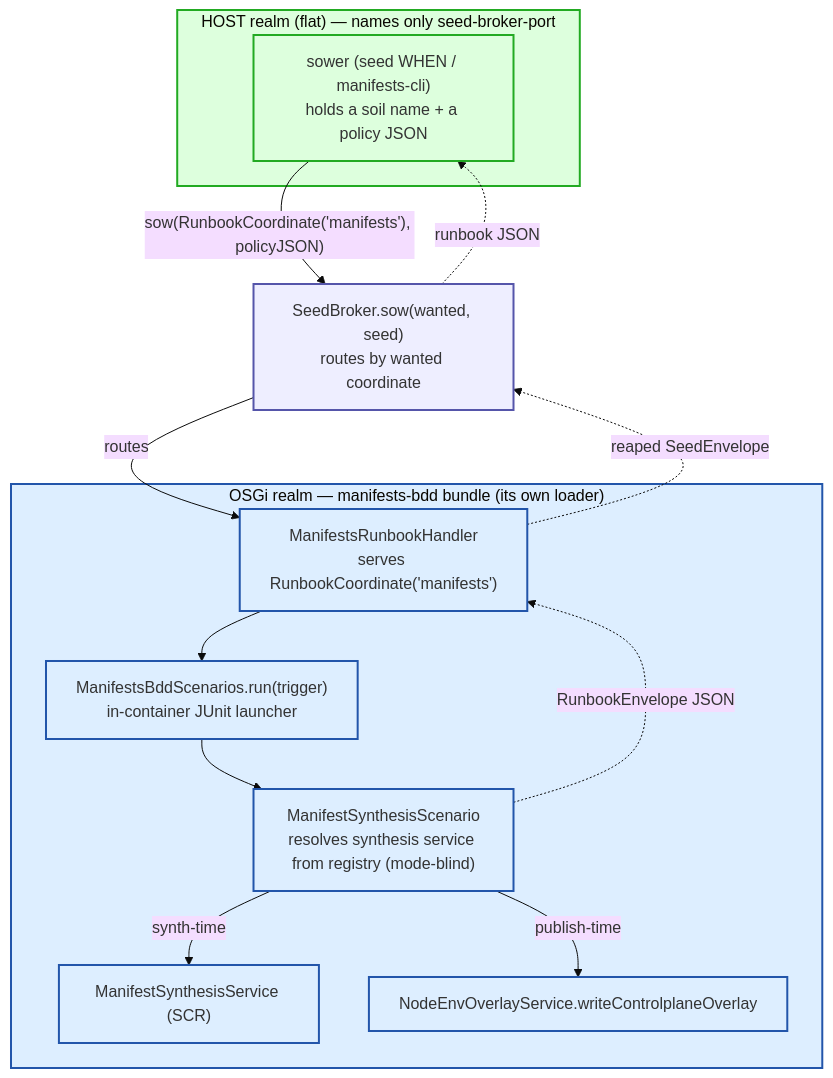
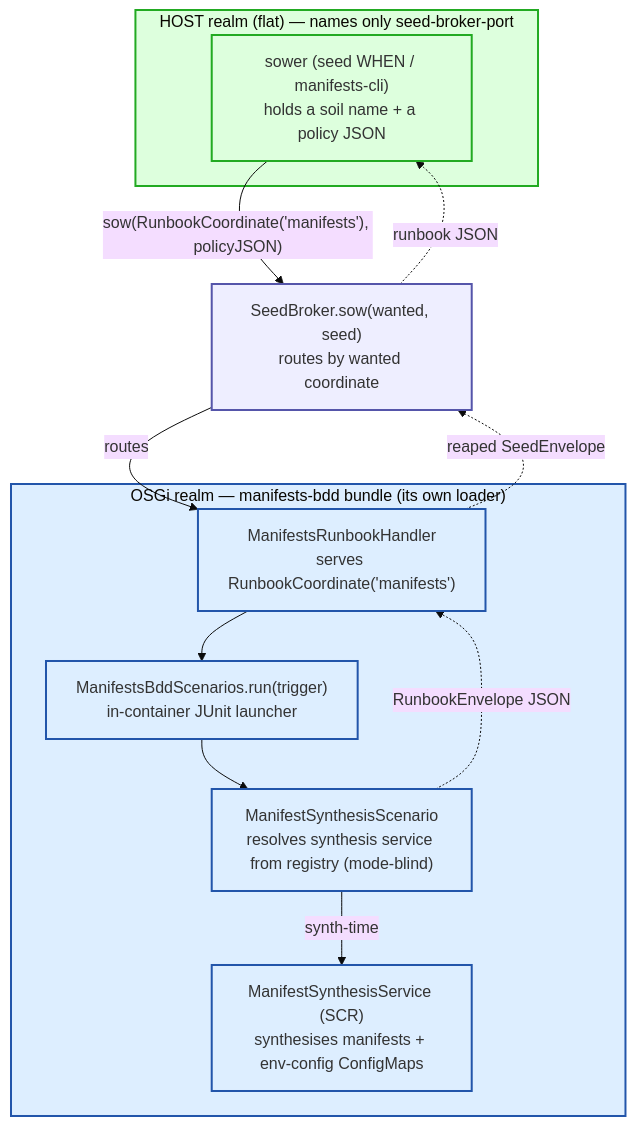
Before and after one commit to nxmatic/rke2lab: the first of 3 diagrams in docs/architecture/osgi/manifests-bdd-spec.adoc, drawn with Mermaid (base theme). The commit also changed other lines of this file and 5 other files, not shown here.

```diff
--- a/docs/architecture/osgi/manifests-bdd-spec.adoc
+++ b/docs/architecture/osgi/manifests-bdd-spec.adoc
@@ -23,33 +23,31 @@
 [mermaid]
 ----
 flowchart TB
   subgraph host["HOST realm (flat) — names only seed-broker-port"]
     caller["sower (seed WHEN / manifests-cli)<br/>holds a soil name + a policy JSON"]
   end
 
   broker["SeedBroker.sow(wanted, seed)<br/>routes by wanted coordinate"]
 
   subgraph felix["OSGi realm — manifests-bdd bundle (its own loader)"]
     handler["ManifestsRunbookHandler<br/>serves RunbookCoordinate('manifests')"]
     front["ManifestsBddScenarios.run(trigger)<br/>in-container JUnit launcher"]
     scen["ManifestSynthesisScenario<br/>resolves synthesis service from registry (mode-blind)"]
-    svc["ManifestSynthesisService (SCR)"]
-    overlay["NodeEnvOverlayService.writeControlplaneOverlay"]
+    svc["ManifestSynthesisService (SCR)<br/>synthesises manifests + env-config ConfigMaps"]
   end
 
   caller -->|"sow(RunbookCoordinate('manifests'), policyJSON)"| broker
   broker -->|routes| handler
   handler --> front --> scen
   scen -->|synth-time| svc
-  scen -->|publish-time| overlay
   scen -.->|RunbookEnvelope JSON| handler
   handler -.->|reaped SeedEnvelope| broker
   broker -.->|runbook JSON| caller
 
   classDef h fill:#dfd,stroke:#2a2,stroke-width:2px;
   classDef b fill:#eef,stroke:#55a,stroke-width:2px;
   classDef f fill:#def,stroke:#25a,stroke-width:2px;
   class host,caller h;
   class broker b;
   class felix,handler,front,scen,svc,overlay f;
 ----
```
